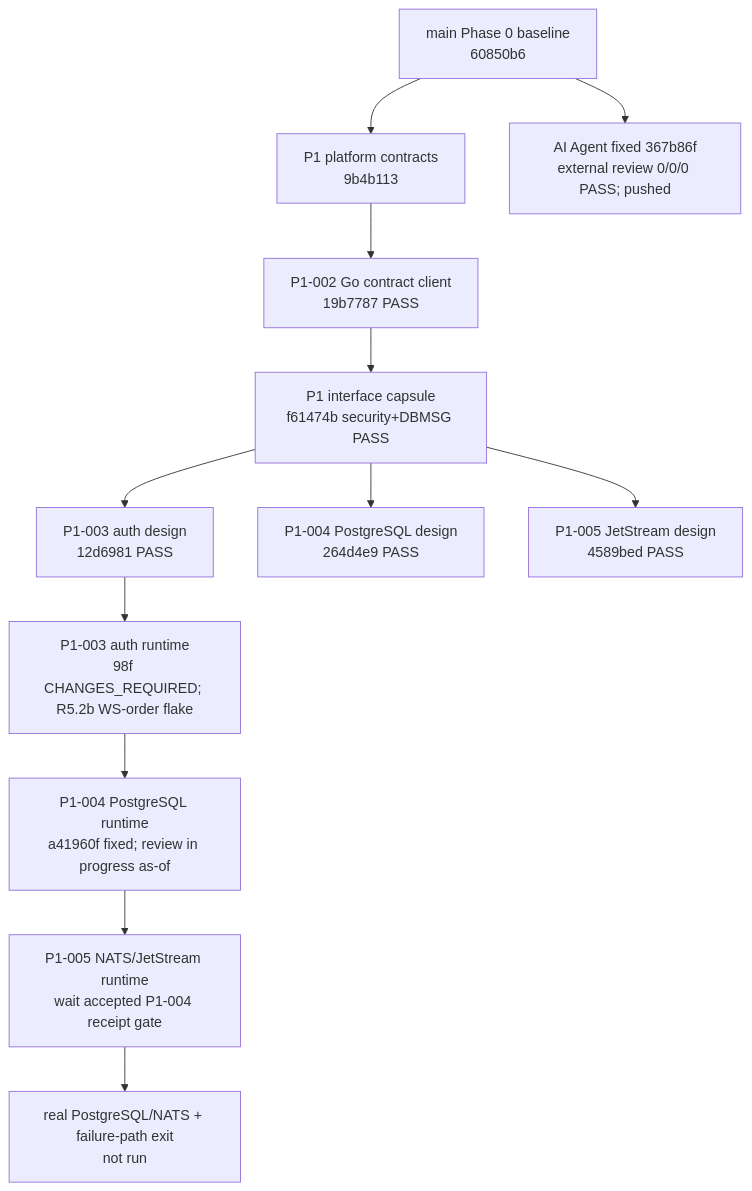
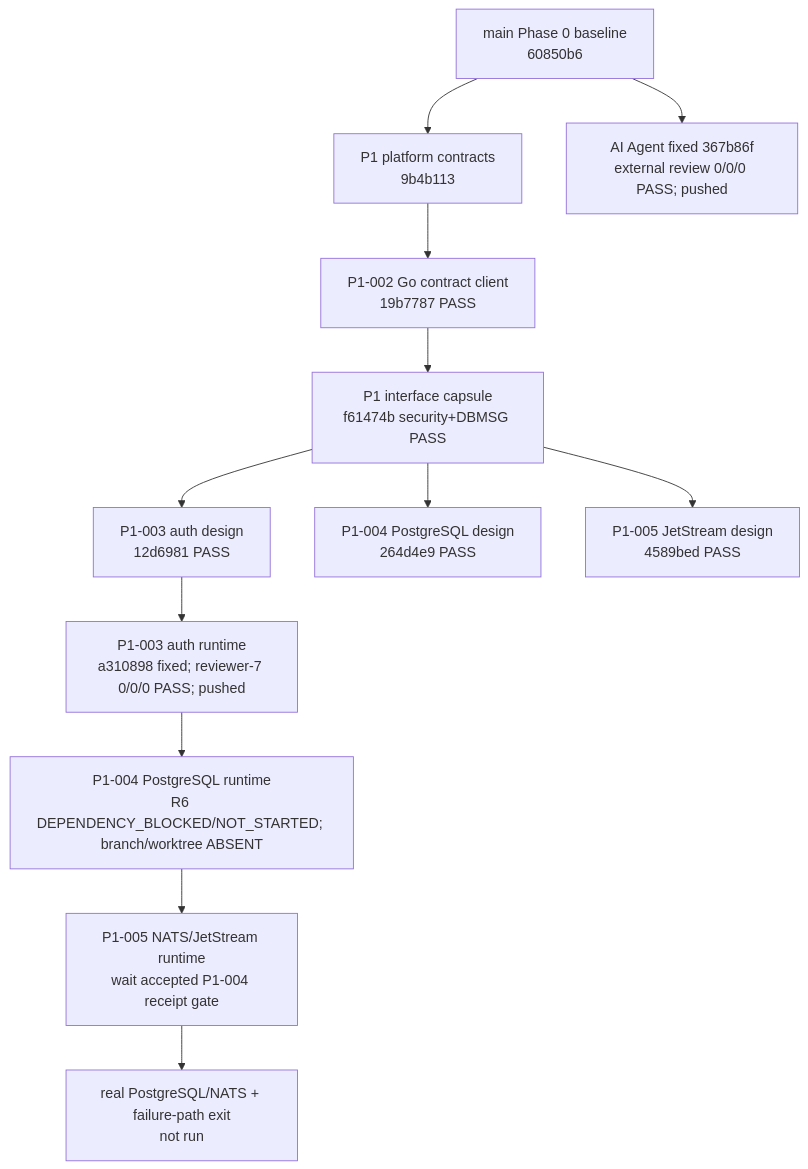
The diagram in docs/CODE_MAP.md (bbb22233/FIT-Trade), drawn with Mermaid before and after one commit. The commit also changed other lines of this file and 1 other file, not shown here.

Commit message:
docs: record round four fixed progress

````diff
--- a/docs/CODE_MAP.md
+++ b/docs/CODE_MAP.md
@@ -60,14 +60,14 @@
 ```mermaid
 flowchart TD
   B["main Phase 0 baseline\n60850b6"] --> PC["P1 platform contracts\n9b4b113"]
   PC --> G["P1-002 Go contract client\n19b7787 PASS"]
   G --> C["P1 interface capsule\nf61474b security+DBMSG PASS"]
   C --> D3["P1-003 auth design\n12d6981 PASS"]
   C --> D4["P1-004 PostgreSQL design\n264d4e9 PASS"]
   C --> D5["P1-005 JetStream design\n4589bed PASS"]
-  D3 --> R3["P1-003 auth runtime\n98f CHANGES_REQUIRED; R5.2b WS-order flake"]
-  R3 --> R4["P1-004 PostgreSQL runtime\na41960f fixed; review in progress as-of"]
+  D3 --> R3["P1-003 auth runtime\na310898 fixed; reviewer-7 0/0/0 PASS; pushed"]
+  R3 --> R4["P1-004 PostgreSQL runtime\nR6 DEPENDENCY_BLOCKED/NOT_STARTED; branch/worktree ABSENT"]
   R4 --> R5["P1-005 NATS/JetStream runtime\nwait accepted P1-004 receipt gate"]
   R5 --> E2E["real PostgreSQL/NATS + failure-path exit\nnot run"]
   B --> A["AI Agent fixed 367b86f\nexternal review 0/0/0 PASS; pushed"]
 ```
````
